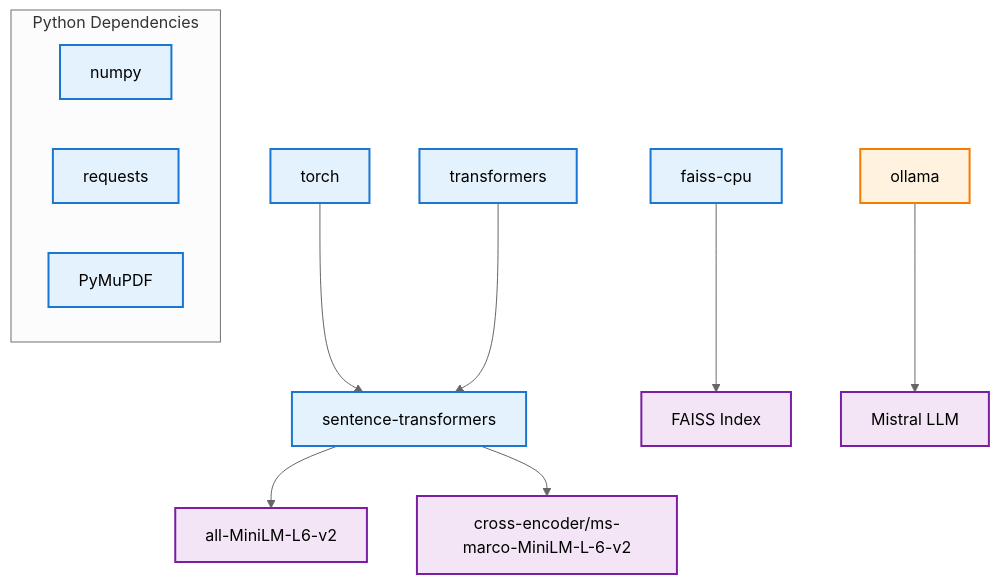
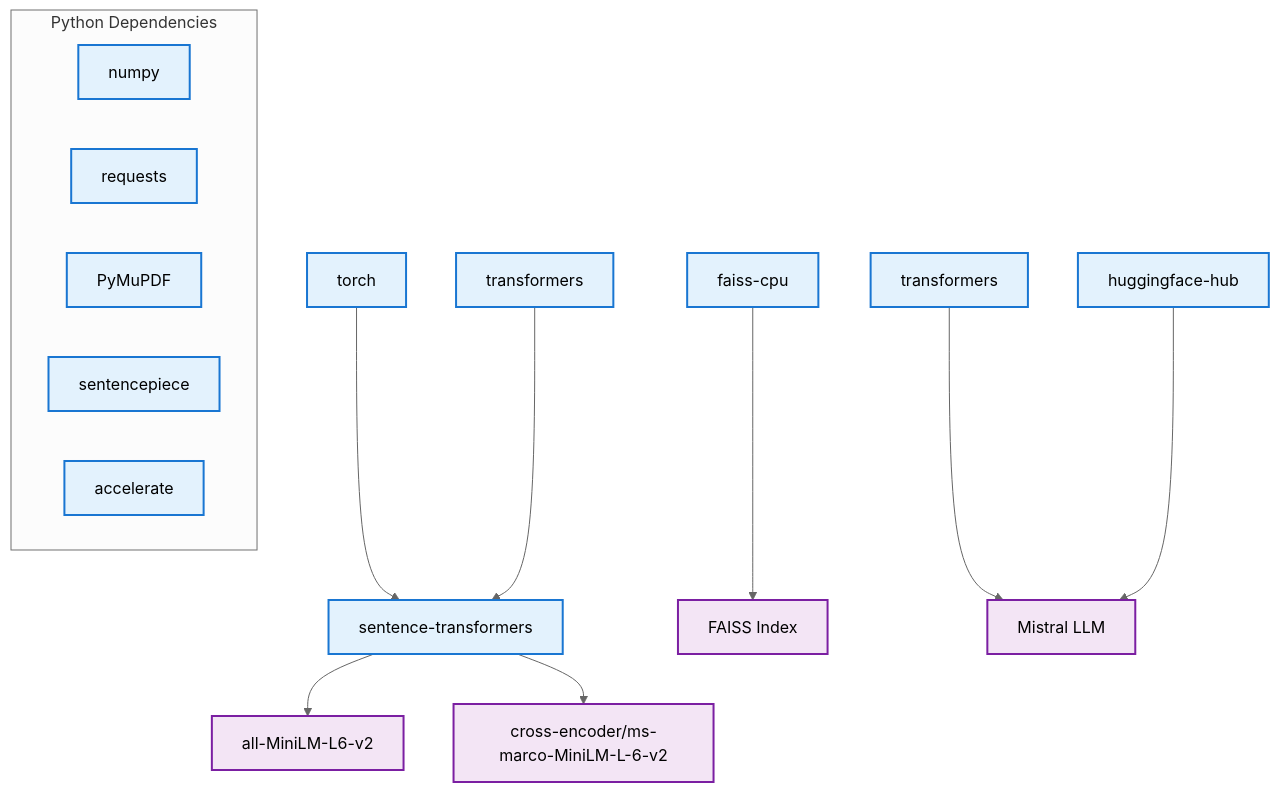
Before and after one commit to kevinmastascusa/scaffold_ai: the sixth of 6 diagrams in documentation/model_architecture_diagrams.md, drawn with Mermaid (neutral theme). The commit also changed other lines of this file and 25 other files, not shown here.

````diff
--- a/documentation/model_architecture_diagrams.md
+++ b/documentation/model_architecture_diagrams.md
@@ -228,23 +231,24 @@
 ```mermaid
 graph TD
     A[sentence-transformers] --> B[all-MiniLM-L6-v2]
     A --> C[cross-encoder/ms-marco-MiniLM-L-6-v2]
     D[torch] --> A
     E[transformers] --> A
     F[faiss-cpu] --> G[FAISS Index]
-    H[ollama] --> I[Mistral LLM]
+    H[transformers] --> I[Mistral LLM]
+    J[huggingface-hub] --> I
     
     subgraph "Python Dependencies"
-        J[numpy]
-        K[requests]
-        L[PyMuPDF]
+        K[numpy]
+        L[requests]
+        M[PyMuPDF]
+        N[sentencepiece]
+        O[accelerate]
     end
     
     classDef library fill:#e3f2fd,stroke:#1976d2,stroke-width:2px
     classDef model fill:#f3e5f5,stroke:#7b1fa2,stroke-width:2px
-    classDef external fill:#fff3e0,stroke:#f57c00,stroke-width:2px
     
-    class A,D,E,F,J,K,L library
+    class A,D,E,F,H,J,K,L,M,N,O library
     class B,C,G,I model
-    class H external
 ```
````
